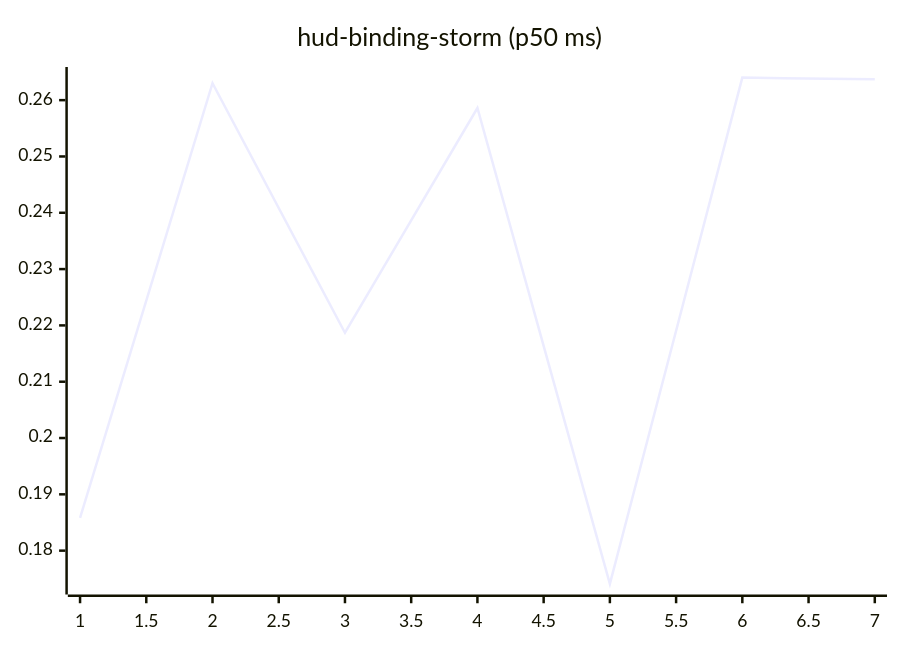
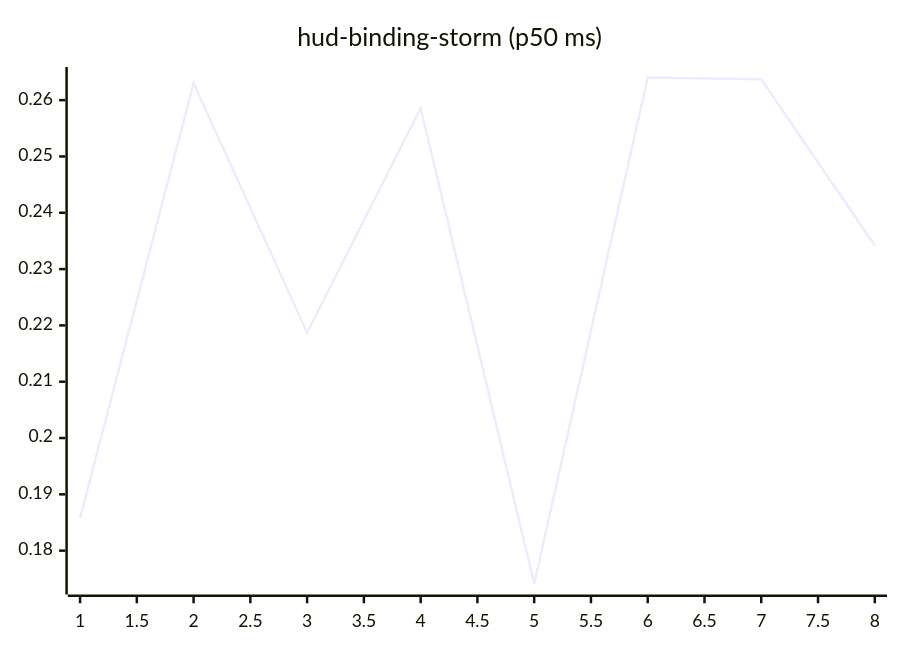
The tenth of 27 diagrams in README.md (josha/Facet), drawn with Mermaid before and after one commit. The commit also changed other lines of this file and 2 other files, not shown here.

````diff
--- a/README.md
+++ b/README.md
@@ -126,6 +126,6 @@
 ```mermaid
 xychart-beta
     title "hud-binding-storm (p50 ms)"
-    x-axis 1 --> 7
-    line [0.1858, 0.2630, 0.2187, 0.2586, 0.1741, 0.2640, 0.2637]
+    x-axis 1 --> 8
+    line [0.1858, 0.2630, 0.2187, 0.2586, 0.1741, 0.2640, 0.2637, 0.2342]
 ```
````
